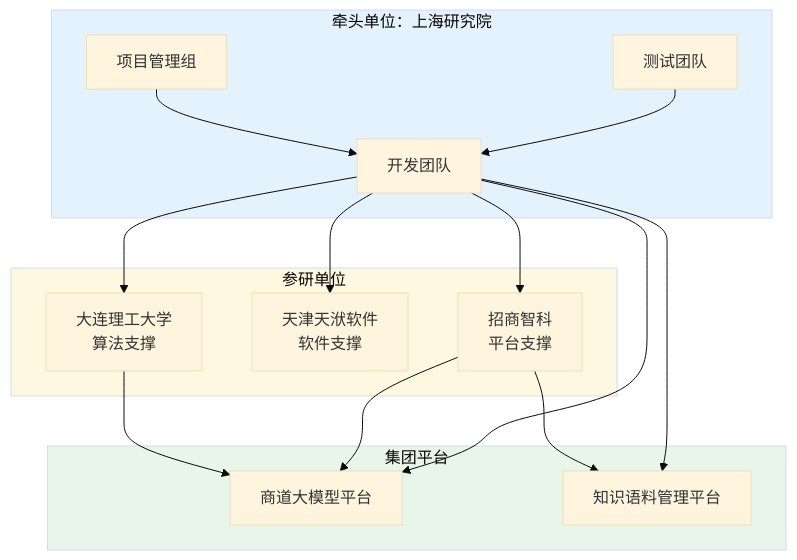
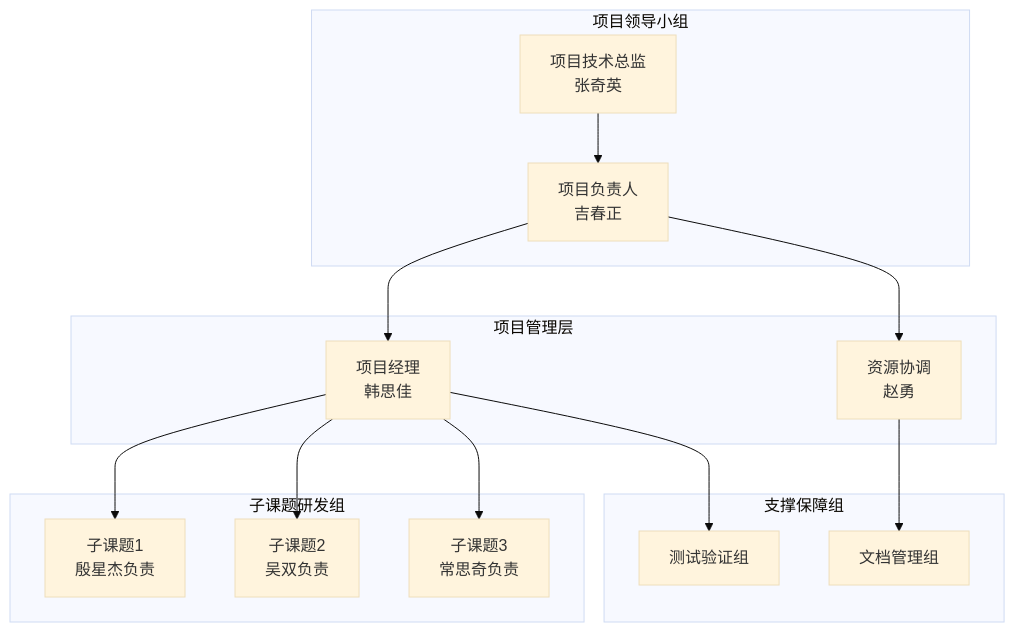
The ninth of 9 diagrams in generated-drafts/zs-test/完整文稿.md (ffgzz/official-doc-skills), drawn with Mermaid (base theme) before and after one commit. The commit also changed other lines of this file and 53 other files, not shown here.

````diff
--- a/generated-drafts/zs-test/完整文稿.md
+++ b/generated-drafts/zs-test/完整文稿.md
@@ -799,34 +1350,32 @@
 ```mermaid
-graph TB
-    subgraph 牵头单位["牵头单位：上海研究院"]
-        PM[项目管理组]
-        DEV[开发团队]
-        QA[测试团队]
+flowchart TB
+    subgraph 项目领导小组
+        L1[项目技术总监<br/>张奇英]
+        L2[项目负责人<br/>吉春正]
     end
     
-    subgraph 参研单位["参研单位"]
-        DLUT[大连理工大学<br/>算法支撑]
-        TIANF[天津天洑软件<br/>软件支撑]
-        ZK[招商智科<br/>平台支撑]
+    subgraph 项目管理层
+        M1[项目经理<br/>韩思佳]
+        M2[资源协调<br/>赵勇]
     end
     
-    subgraph 平台["集团平台"]
-        SHANGDAO[商道大模型平台]
-        YUZHI[知识语料管理平台]
+    subgraph 子课题研发组
+        R1[子课题1<br/>殷星杰负责]
+        R2[子课题2<br/>吴双负责]
+        R3[子课题3<br/>常思奇负责]
     end
     
-    PM --> DEV
-    DEV --> DLUT
-    DEV --> TIANF
-    DEV --> ZK
-    DLUT --> SHANGDAO
-    ZK --> SHANGDAO
-    ZK --> YUZHI
-    DEV --> SHANGDAO
-    DEV --> YUZHI
-    QA --> DEV
+    subgraph 支撑保障组
+        S1[测试验证组]
+        S2[文档管理组]
+    end
     
-    style 牵头单位 fill:#e3f2fd
-    style 参研单位 fill:#fff8e1
-    style 平台 fill:#e8f5e9
+    L1 --> L2
+    L2 --> M1
+    L2 --> M2
+    M1 --> R1
+    M1 --> R2
+    M1 --> R3
+    M1 --> S1
+    M2 --> S2
 ```
````
